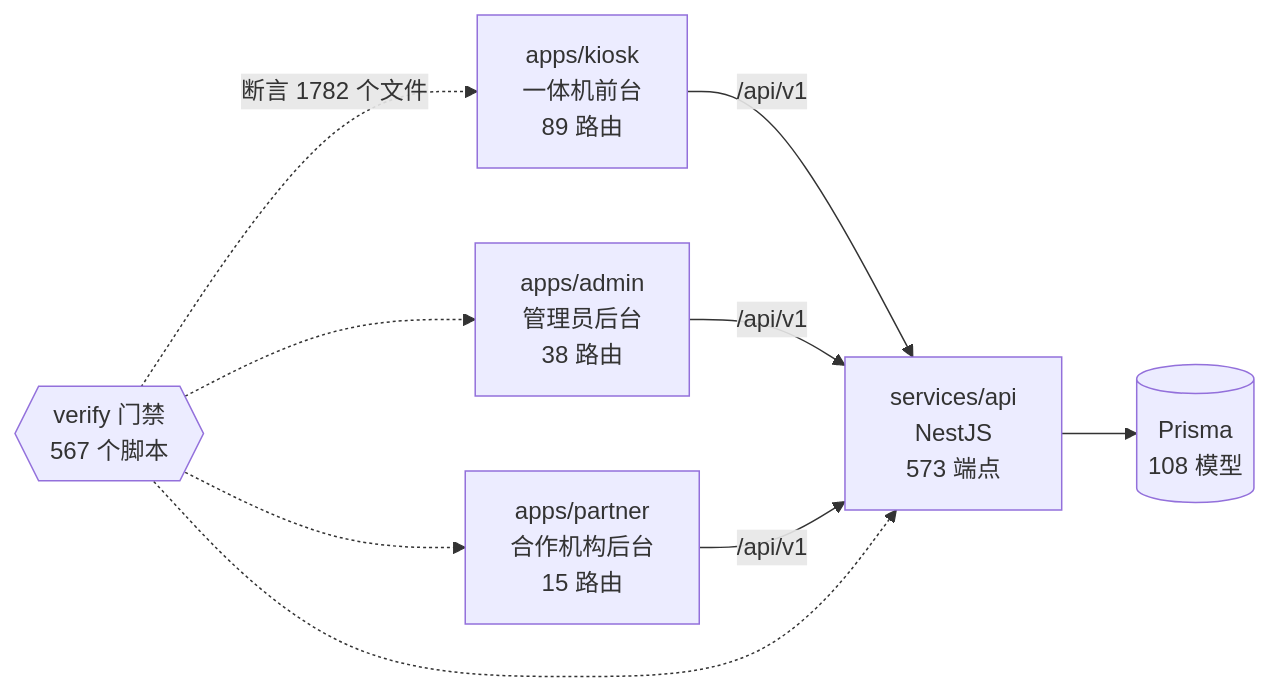
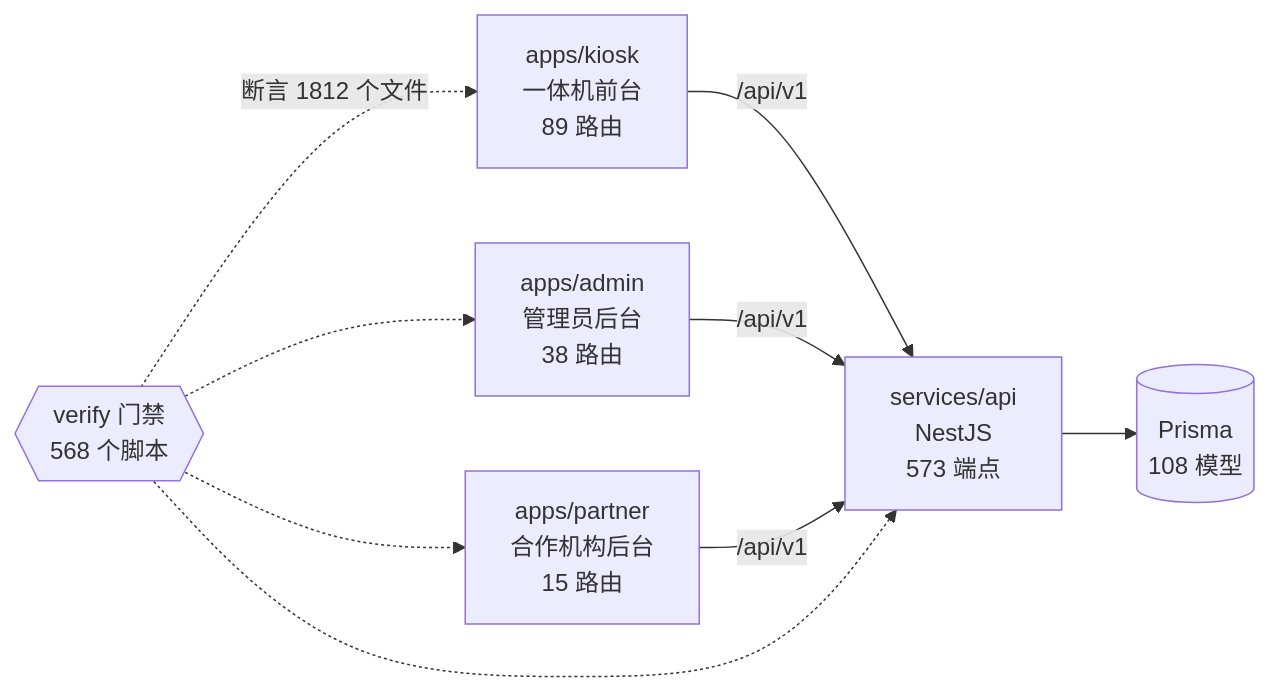
One commit to wanglei581/YITIJI changed the diagram in docs/graph/README.md. Above: the diagram before and after it, drawn with Mermaid. The commit also changed other lines of this file and 3 other files, not shown here.

Commit message:
docs(progress): CI 主作业改跑托管关闭；重生图谱

````diff
--- a/docs/graph/README.md
+++ b/docs/graph/README.md
@@ -68,18 +68,18 @@
 ```mermaid
 flowchart LR
   kiosk["apps/kiosk<br/>一体机前台<br/>89 路由"]
   admin["apps/admin<br/>管理员后台<br/>38 路由"]
   partner["apps/partner<br/>合作机构后台<br/>15 路由"]
   api["services/api<br/>NestJS<br/>573 端点"]
   db[("Prisma<br/>108 模型")]
-  gates{{"verify 门禁<br/>567 个脚本"}}
+  gates{{"verify 门禁<br/>568 个脚本"}}
 
   kiosk -->|"/api/v1"| api
   admin -->|"/api/v1"| api
   partner -->|"/api/v1"| api
   api --> db
-  gates -.->|"断言 1782 个文件"| kiosk
+  gates -.->|"断言 1812 个文件"| kiosk
   gates -.-> admin
   gates -.-> partner
   gates -.-> api
 ```
````
